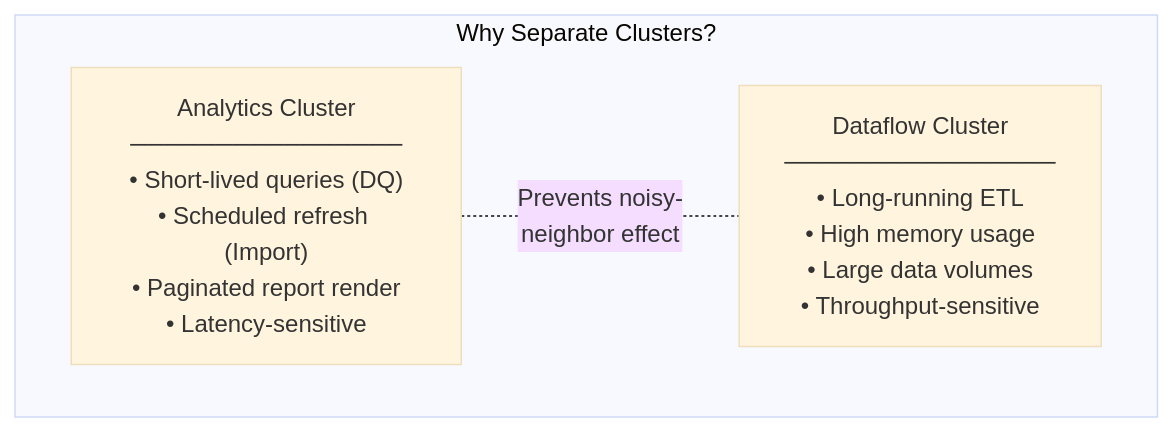
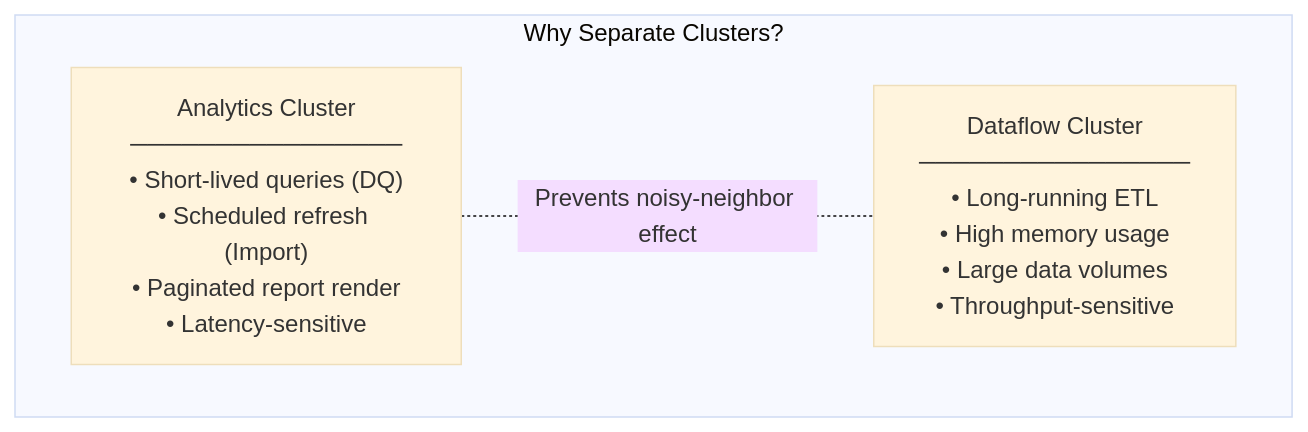
Before and after one commit to cyphou/Fabric-Gateway: the sixth of 12 diagrams in docs/02-gateway-architecture.md, drawn with Mermaid (base theme). The commit also changed other lines of this file, not shown here.

First line of the commit message:
fix: Mermaid rendering issues for GitHub

````diff
--- a/docs/02-gateway-architecture.md
+++ b/docs/02-gateway-architecture.md
@@ -444,9 +444,9 @@
 ```mermaid
 graph TB
     subgraph "Why Separate Clusters?"
         A["Analytics Cluster\n────────────────\n• Short-lived queries (DQ)\n• Scheduled refresh (Import)\n• Paginated report render\n• Latency-sensitive"]
         D["Dataflow Cluster\n────────────────\n• Long-running ETL\n• High memory usage\n• Large data volumes\n• Throughput-sensitive"]
     end
 
-    A -.-|"Prevents noisy-\nneighbor effect"| D
+    A -.-|Prevents noisy-neighbor effect| D
 ```
````
